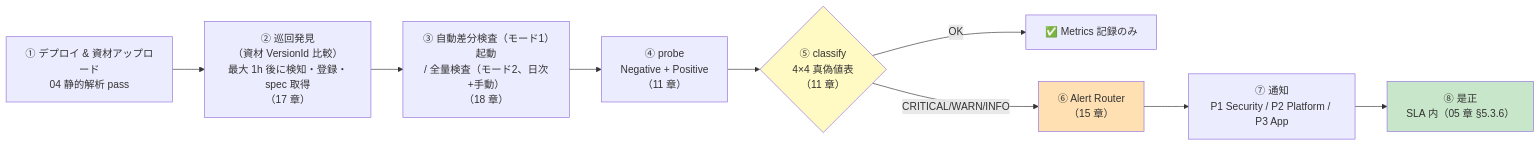
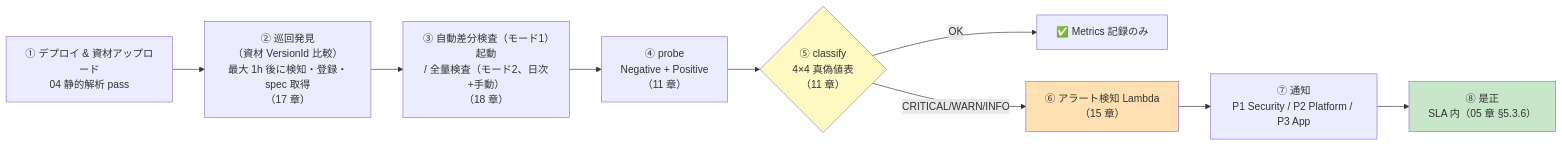
Before and after one commit to suepie/aws-atuh-poc: the third of 7 diagrams in doc/api-platform/basic-design/10-external-monitoring-overview.md, drawn with Mermaid. The commit also changed other lines of this file and 23 other files, not shown here.

````diff
--- a/doc/api-platform/basic-design/10-external-monitoring-overview.md
+++ b/doc/api-platform/basic-design/10-external-monitoring-overview.md
@@ -172,14 +172,14 @@
 ```mermaid
 flowchart LR
     D["① デプロイ & 資材アップロード<br/>04 静的解析 pass"] --> R["② 巡回発見<br/>（資材 VersionId 比較）<br/>最大 1h 後に検知・登録・spec 取得<br/>（17 章）"]
     R --> T["③ 自動差分検査（モード1）起動<br/>/ 全量検査（モード2、日次+手動）<br/>（18 章）"]
     T --> P["④ probe<br/>Negative + Positive<br/>（11 章）"]
     P --> C{"⑤ classify<br/>4×4 真偽値表<br/>（11 章）"}
     C -->|OK| OK["✅ Metrics 記録のみ"]
-    C -->|CRITICAL/WARN/INFO| A["⑥ Alert Router<br/>（15 章）"]
+    C -->|CRITICAL/WARN/INFO| A["⑥ アラート検知 Lambda<br/>（15 章）"]
     A --> N["⑦ 通知<br/>P1 Security / P2 Platform / P3 App"]
     N --> FIX["⑧ 是正<br/>SLA 内（05 章 §5.3.6）"]
     style C fill:#fff9c4
     style A fill:#ffe0b2
     style FIX fill:#c8e6c9
 ```
````
